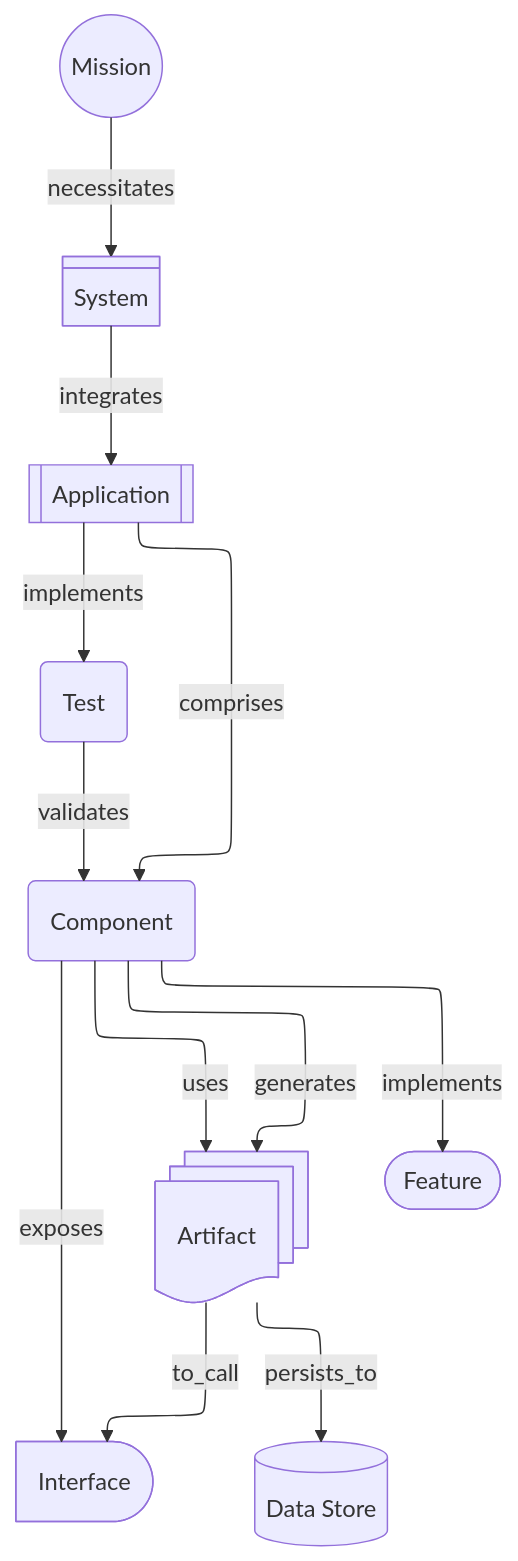
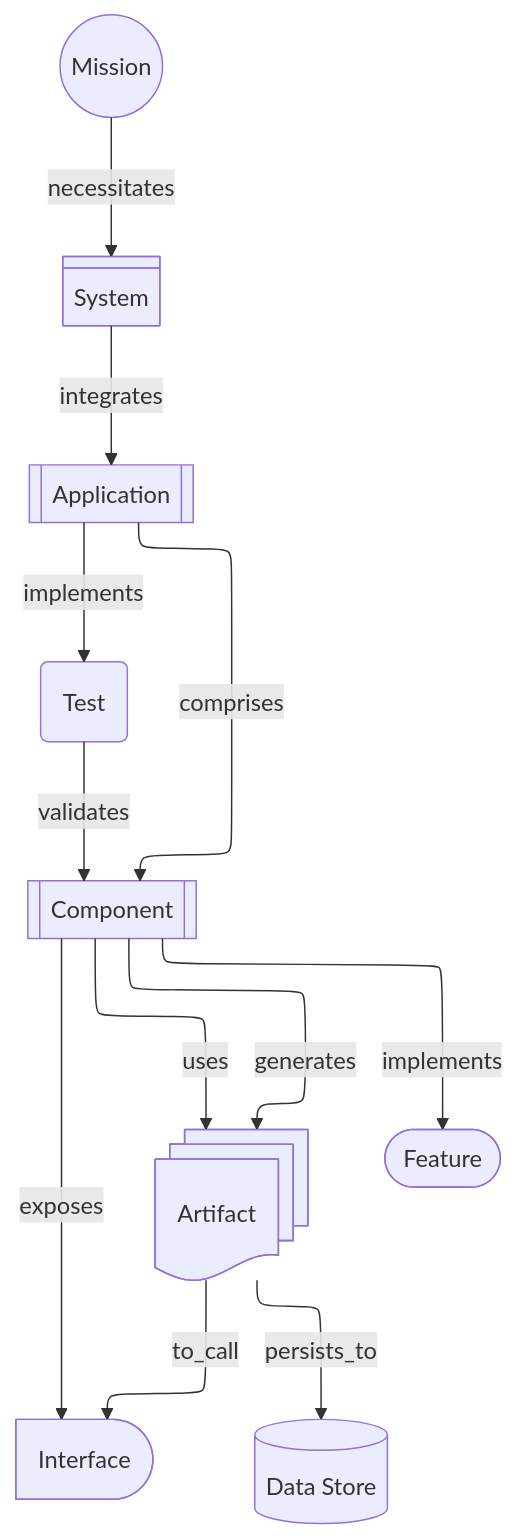
The diagram in docs/views/Component.md (JEleniel/aurora), drawn with Mermaid before and after one commit. The commit also changed 232 other files, not shown here.

````diff
--- a/docs/views/Component.md
+++ b/docs/views/Component.md
@@ -8,28 +8,28 @@
 ```mermaid
 ---
 config:
   layout: elk
 ---
 graph
 	mission((Mission))
 	system[System]@{shape: div-rect}
 	application[[Application]]
-	component(Component)
+	component[[Component]]
 	interface[Interface]@{shape: delay}
 	test(Test)
 	artifact[Artifact]@{shape: docs}
 	data_store[(Data Store)]
 	feature([Feature])
 
 	mission -- necessitates --> system
 	system -- integrates --> application
 	application -- comprises --> component
 	application -- implements --> test
 	component -- exposes --> interface
 	component -- generates --> artifact
 	artifact -- persists_to --> data_store
 	test -- validates --> component
 	component -- uses --> artifact
 	artifact -- to_call --> interface
 	component -- implements --> feature
 ```
````
